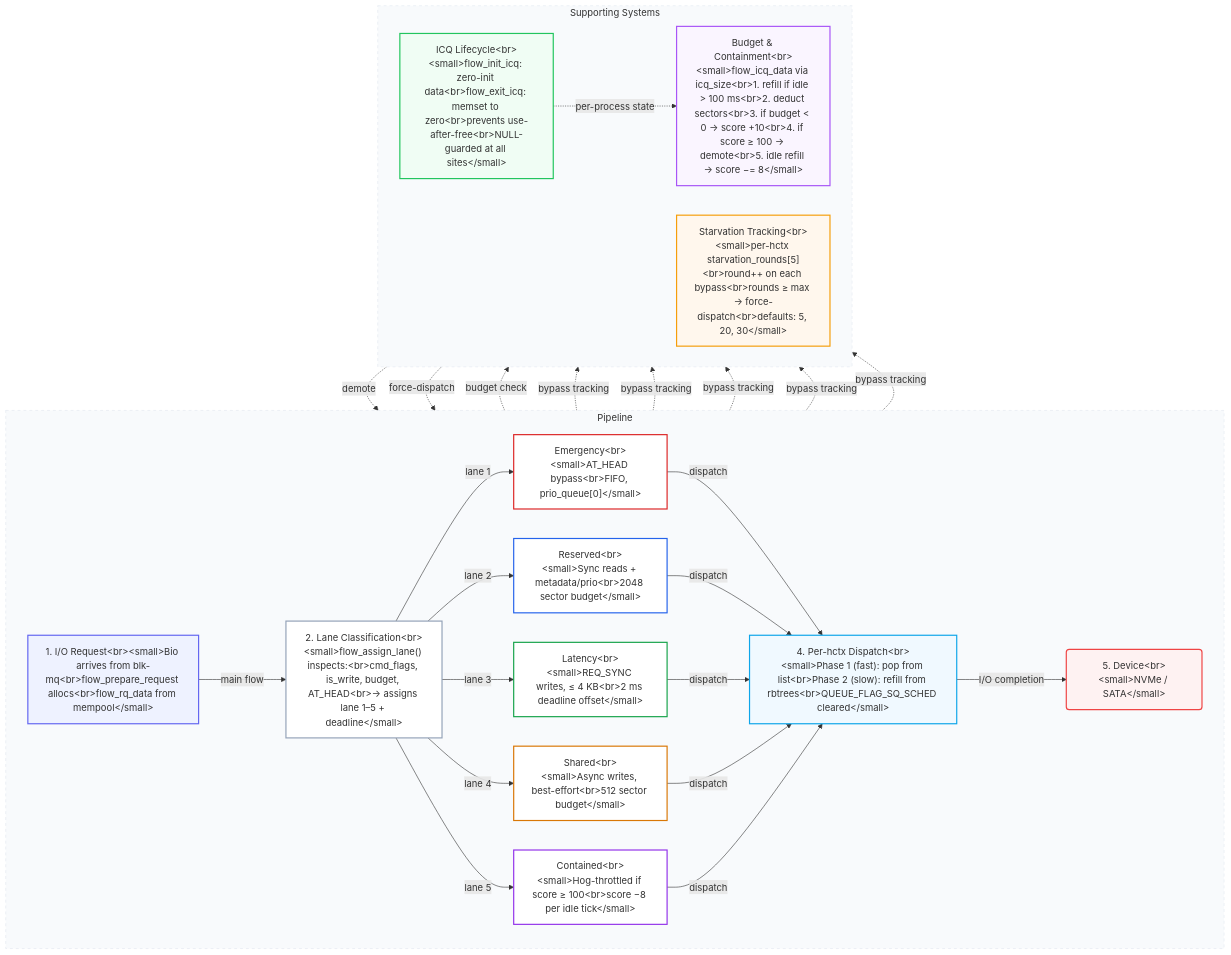
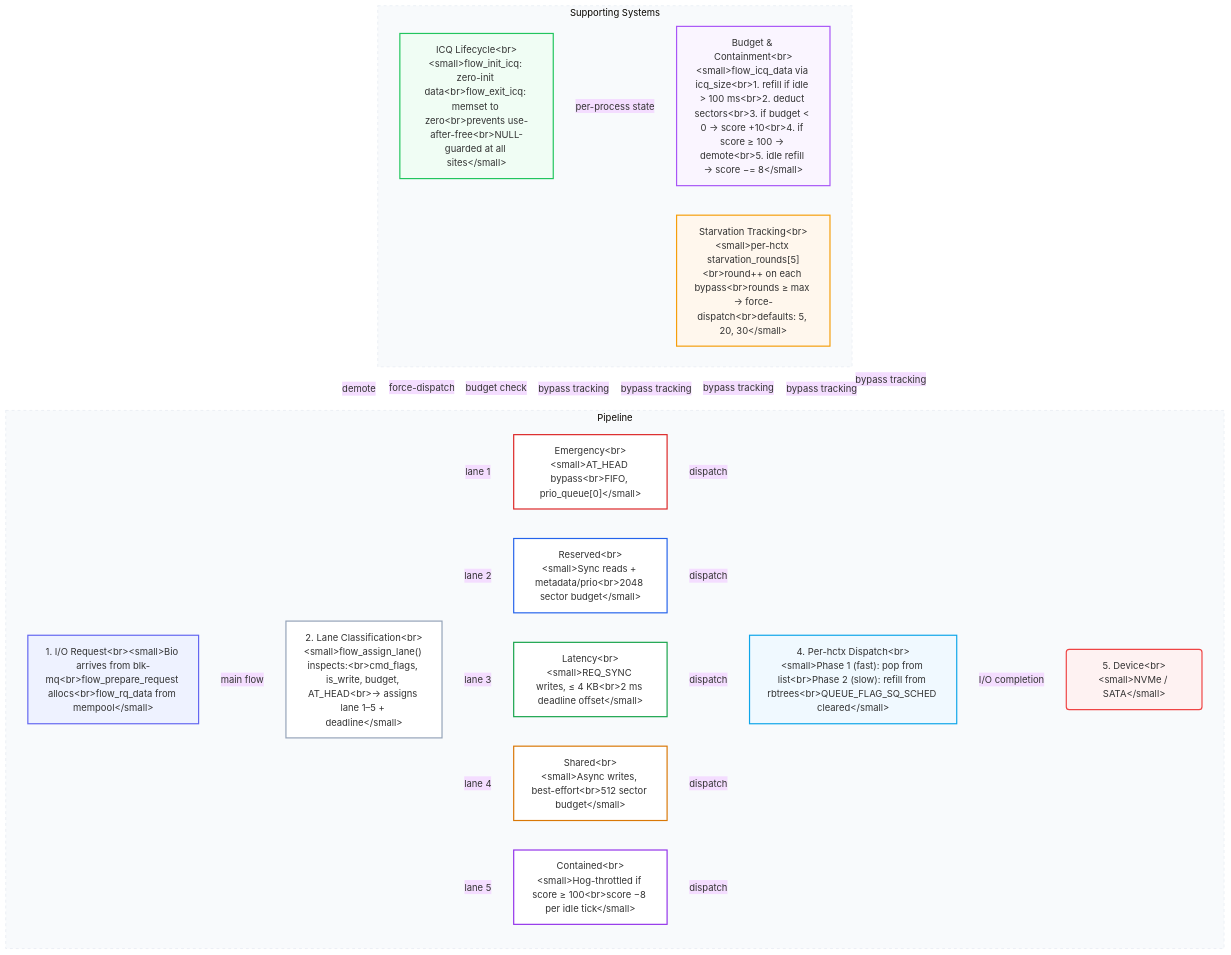
One commit to galpt/flow-iosched changed the diagram in README.md. Above: the diagram before and after it, drawn with Mermaid.

Commit message:
Add transparent background to Mermaid diagram
Mermaid init directive sets theme base with transparent background
so the diagram blends with GitHub's light and dark themes instead of
showing a white box.

````diff
--- a/README.md
+++ b/README.md
@@ -28,60 +28,61 @@
 ```mermaid
+%%{init: {'theme': 'base', 'themeVariables': {'background': 'transparent'}}}%%
 flowchart TD
     subgraph Pipeline["Pipeline"]
         direction LR
         A["1. I/O Request&lt;br&gt;&lt;small&gt;Bio arrives from blk-mq&lt;br&gt;flow_prepare_request allocs&lt;br&gt;flow_rq_data from mempool&lt;/small&gt;"]
         B["2. Lane Classification&lt;br&gt;&lt;small&gt;flow_assign_lane() inspects:&lt;br&gt;cmd_flags, is_write, budget, AT_HEAD&lt;br&gt;→ assigns lane 1–5 + deadline&lt;/small&gt;"]
         C["Emergency&lt;br&gt;&lt;small&gt;AT_HEAD bypass&lt;br&gt;FIFO, prio_queue[0]&lt;/small&gt;"]
         D["Reserved&lt;br&gt;&lt;small&gt;Sync reads + metadata/prio&lt;br&gt;2048 sector budget&lt;/small&gt;"]
         E["Latency&lt;br&gt;&lt;small&gt;REQ_SYNC writes, ≤ 4 KB&lt;br&gt;2 ms deadline offset&lt;/small&gt;"]
         F["Shared&lt;br&gt;&lt;small&gt;Async writes, best-effort&lt;br&gt;512 sector budget&lt;/small&gt;"]
         G["Contained&lt;br&gt;&lt;small&gt;Hog-throttled if score ≥ 100&lt;br&gt;score −8 per idle tick&lt;/small&gt;"]
         H["4. Per-hctx Dispatch&lt;br&gt;&lt;small&gt;Phase 1 (fast): pop from list&lt;br&gt;Phase 2 (slow): refill from rbtrees&lt;br&gt;QUEUE_FLAG_SQ_SCHED cleared&lt;/small&gt;"]
         I("5. Device&lt;br&gt;&lt;small&gt;NVMe / SATA&lt;/small&gt;")
 
         A -->|main flow| B
         B -->|lane 1| C
         B -->|lane 2| D
         B -->|lane 3| E
         B -->|lane 4| F
         B -->|lane 5| G
         C -->|dispatch| H
         D -->|dispatch| H
         E -->|dispatch| H
         F -->|dispatch| H
         G -->|dispatch| H
         H -->|I/O completion| I
     end
 
     subgraph Support["Supporting Systems"]
         direction LR
         J["Budget &amp; Containment&lt;br&gt;&lt;small&gt;flow_icq_data via icq_size&lt;br&gt;1. refill if idle &gt; 100 ms&lt;br&gt;2. deduct sectors&lt;br&gt;3. if budget &lt; 0 → score +10&lt;br&gt;4. if score ≥ 100 → demote&lt;br&gt;5. idle refill → score −= 8&lt;/small&gt;"]
         K["Starvation Tracking&lt;br&gt;&lt;small&gt;per-hctx starvation_rounds[5]&lt;br&gt;round++ on each bypass&lt;br&gt;rounds ≥ max → force-dispatch&lt;br&gt;defaults: 5, 20, 30&lt;/small&gt;"]
         L["ICQ Lifecycle&lt;br&gt;&lt;small&gt;flow_init_icq: zero-init data&lt;br&gt;flow_exit_icq: memset to zero&lt;br&gt;prevents use-after-free&lt;br&gt;NULL-guarded at all sites&lt;/small&gt;"]
     end
 
     B -.->|budget check| J
     J -.->|demote| G
     C -.->|bypass tracking| K
     D -.->|bypass tracking| K
     E -.->|bypass tracking| K
     F -.->|bypass tracking| K
     G -.->|bypass tracking| K
     K -.->|force-dispatch| H
     L -.->|per-process state| J
 
     style A fill:#eef2ff,stroke:#6366f1,stroke-width:2
     style B fill:#fff,stroke:#94a3b8,stroke-width:2
     style C fill:#fff,stroke:#dc2626,stroke-width:2
     style D fill:#fff,stroke:#2563eb,stroke-width:2
     style E fill:#fff,stroke:#16a34a,stroke-width:2
     style F fill:#fff,stroke:#d97706,stroke-width:2
     style G fill:#fff,stroke:#9333ea,stroke-width:2
     style H fill:#f0f9ff,stroke:#0ea5e9,stroke-width:2
     style I fill:#fef2f2,stroke:#ef4444,stroke-width:2
     style J fill:#faf5ff,stroke:#a855f7,stroke-width:2
     style K fill:#fff7ed,stroke:#f59e0b,stroke-width:2
     style L fill:#f0fdf4,stroke:#22c55e,stroke-width:2
     style Pipeline fill:#f8fafc,stroke:#e2e8f0,stroke-dasharray:5
     style Support fill:#f8fafc,stroke:#e2e8f0,stroke-dasharray:5
 ```
````
